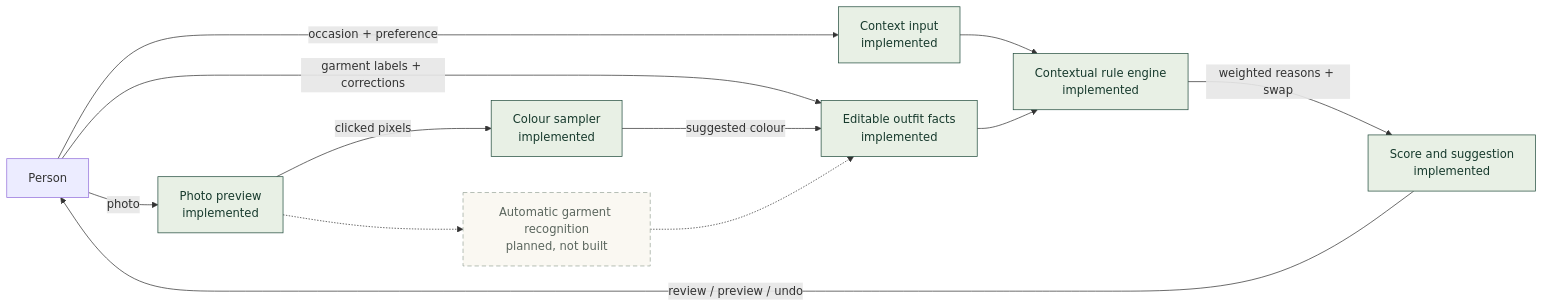
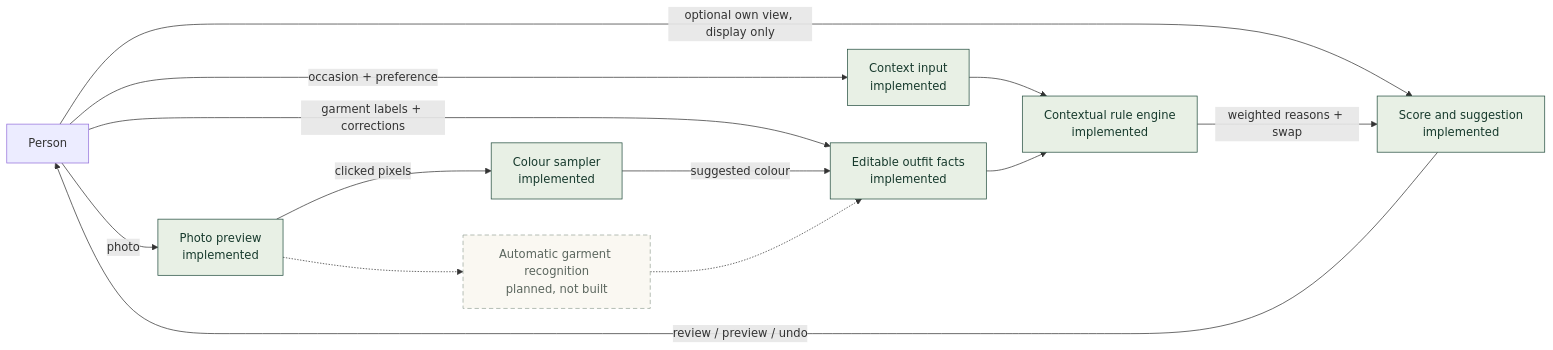
One commit to sasvatt11/outfit-considered-a2 changed the diagram in docs/architecture.mmd. Above: the diagram before and after it, drawn with Mermaid. The commit also changed 3 other files, not shown here.

Commit message:
Clarify evidence flow and report word count

```diff
--- a/docs/architecture.mmd
+++ b/docs/architecture.mmd
@@ -1,17 +1,18 @@
 flowchart LR
     U[Person] -->|occasion + preference| C[Context input<br/>implemented]
+    U -->|optional own view, display only| O
     U -->|photo| P[Photo preview<br/>implemented]
     U -->|garment labels + corrections| E[Editable outfit facts<br/>implemented]
     P -->|clicked pixels| S[Colour sampler<br/>implemented]
     S -->|suggested colour| E
     C --> R[Contextual rule engine<br/>implemented]
     E --> R
     R -->|weighted reasons + swap| O[Score and suggestion<br/>implemented]
     O -->|review / preview / undo| U
     P -.-> V[Automatic garment recognition<br/>planned, not built]
     V -.-> E
 
     classDef built fill:#e8f0e5,stroke:#244e3f,color:#173a2d;
     classDef planned fill:#faf8f2,stroke:#9aa69b,color:#5b665e,stroke-dasharray:6 4;
     class C,P,E,S,R,O built;
     class V planned;
```
